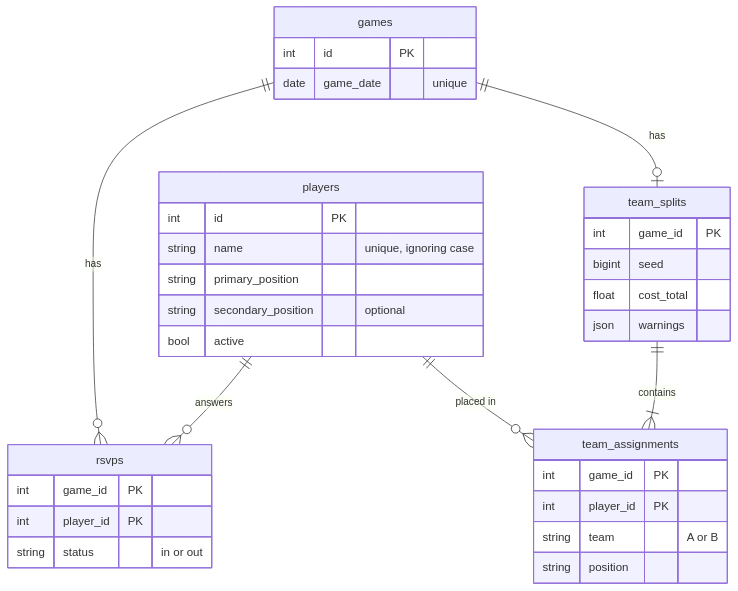
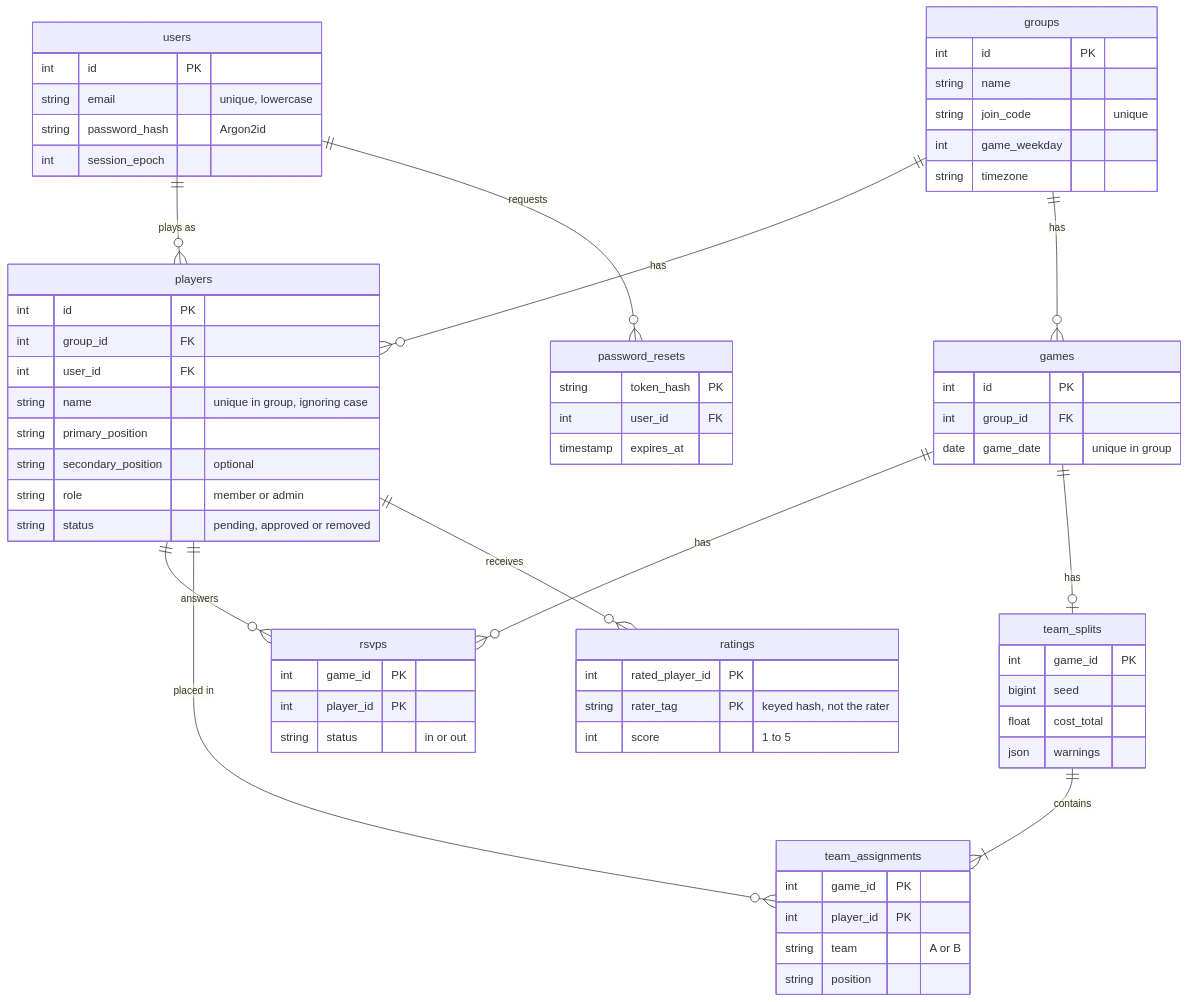
One commit to ishrakk/make-the-teams changed the diagram in app/db/README.md. Above: the diagram before and after it, drawn with Mermaid. The commit also changed other lines of this file and 54 other files, not shown here.

First line of the commit message:
Add accounts, admin-approved groups, attendance votes and anonymous ratings

````diff
--- a/app/db/README.md
+++ b/app/db/README.md
@@ -12,37 +12,69 @@
 ```mermaid
 erDiagram
+    users ||--o{ players : "plays as"
+    users ||--o{ password_resets : requests
+    groups ||--o{ players : has
+    groups ||--o{ games : has
     players ||--o{ rsvps : answers
     games ||--o{ rsvps : has
     games ||--o| team_splits : has
     team_splits ||--|{ team_assignments : contains
     players ||--o{ team_assignments : "placed in"
+    players ||--o{ ratings : receives
 
+    users {
+        int id PK
+        string email "unique, lowercase"
+        string password_hash "Argon2id"
+        int session_epoch
+    }
+    password_resets {
+        string token_hash PK
+        int user_id FK
+        timestamp expires_at
+    }
+    groups {
+        int id PK
+        string name
+        string join_code "unique"
+        int game_weekday
+        string timezone
+    }
     players {
         int id PK
-        string name "unique, ignoring case"
+        int group_id FK
+        int user_id FK
+        string name "unique in group, ignoring case"
         string primary_position
         string secondary_position "optional"
-        bool active
+        string role "member or admin"
+        string status "pending, approved or removed"
     }
     games {
         int id PK
-        date game_date "unique"
+        int group_id FK
+        date game_date "unique in group"
     }
     rsvps {
         int game_id PK
         int player_id PK
         string status "in or out"
     }
     team_splits {
         int game_id PK
         bigint seed
         float cost_total
         json warnings
     }
     team_assignments {
         int game_id PK
         int player_id PK
         string team "A or B"
         string position
     }
+    ratings {
+        int rated_player_id PK
+        string rater_tag PK "keyed hash, not the rater"
+        int score "1 to 5"
+    }
 ```
````
